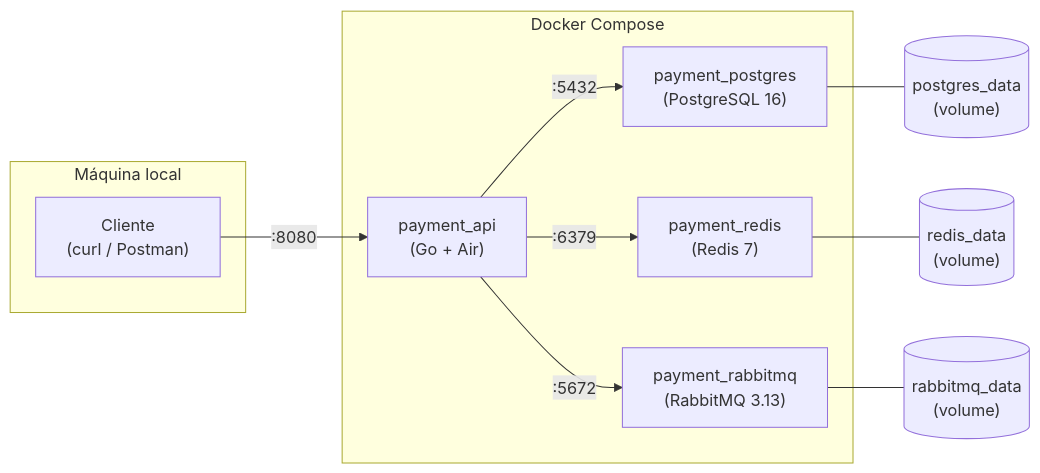
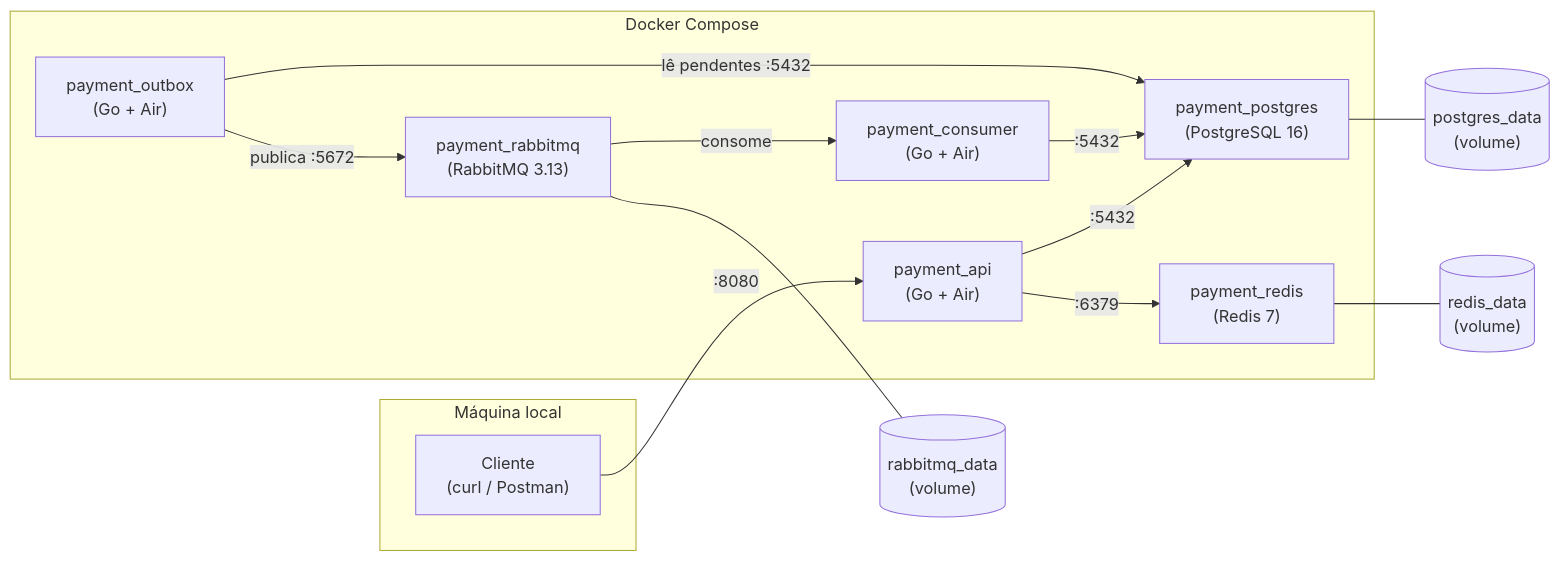
One commit to VictordaSilvaf/payment_service changed the sixth of 6 diagrams in README.md. Above: the diagram before and after it, drawn with Mermaid. The commit also changed other lines of this file and 32 other files, not shown here.

First line of the commit message:
Implement Outbox Pattern for payment events and enhance configuration

````diff
--- a/README.md
+++ b/README.md
@@ -223,22 +288,27 @@
 ```mermaid
 flowchart LR
     subgraph Host["Máquina local"]
         Client["Cliente\n(curl / Postman)"]
     end
 
     subgraph Docker["Docker Compose"]
         API["payment_api\n(Go + Air)"]
+        Outbox["payment_outbox\n(Go + Air)"]
+        Consumer["payment_consumer\n(Go + Air)"]
         PG["payment_postgres\n(PostgreSQL 16)"]
         RD["payment_redis\n(Redis 7)"]
         RMQ["payment_rabbitmq\n(RabbitMQ 3.13)"]
     end
 
     Client -->|:8080| API
     API -->|:5432| PG
     API -->|:6379| RD
-    API -->|:5672| RMQ
+    Outbox -->|lê pendentes :5432| PG
+    Outbox -->|publica :5672| RMQ
+    RMQ -->|consome| Consumer
+    Consumer -->|:5432| PG
 
     PG --- VolPG[("postgres_data\n(volume)")]
     RD --- VolRD[("redis_data\n(volume)")]
     RMQ --- VolRMQ[("rabbitmq_data\n(volume)")]
 ```
````
